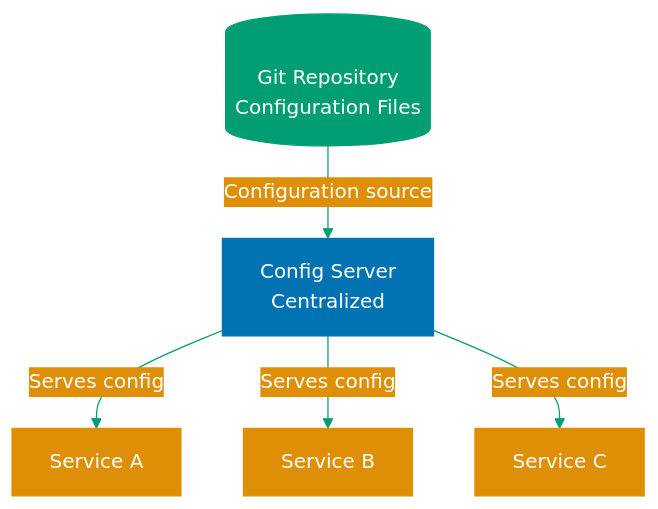
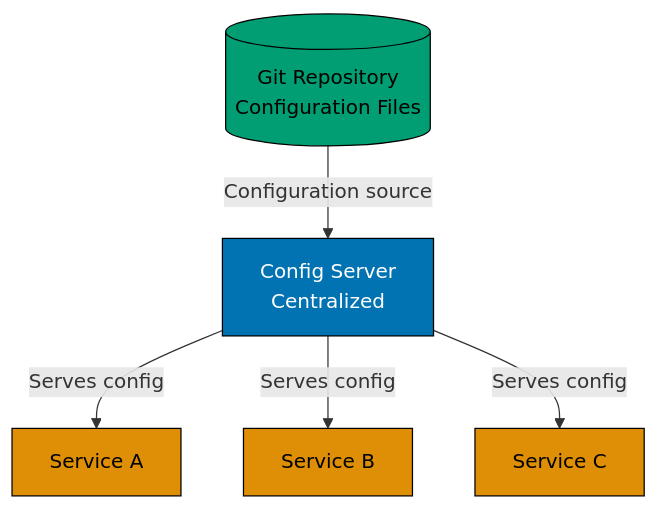
One commit to wahidyankf/ose-public changed the diagram in apps/ayokoding-www/content/en/learn/legacy/software-engineering/programming-languages/java/in-the-field/configuration.md. Above: the diagram before and after it, drawn with Mermaid. The commit also changed 112 other files, not shown here.

First line of the commit message:
fix(mermaid): bring the legacy programming-languages diagrams onto the accessible palette

````diff
--- a/apps/ayokoding-www/content/en/learn/legacy/software-engineering/programming-languages/java/in-the-field/configuration.md
+++ b/apps/ayokoding-www/content/en/learn/legacy/software-engineering/programming-languages/java/in-the-field/configuration.md
@@ -687,20 +687,25 @@
 ```mermaid
-%%{init: {'theme':'base', 'themeVariables': { 'primaryColor':'#0173B2','primaryTextColor':'#fff','primaryBorderColor':'#0173B2','lineColor':'#029E73','secondaryColor':'#DE8F05','tertiaryColor':'#CC78BC','fontSize':'16px'}}}%%
 flowchart TD
+    accTitle: Spring Cloud Config
+    accDescr: Flowchart with 5 nodes and 4 connections. Nodes: Config Server Centralized, Git Repository Configuration Files, Service A, Service B, Service C. Connections: Git Repository Configuration Files to Config Server Centralized (Configuration source), Config Server Centralized to Service A (Serves config), Config Server Centralized to Service B (Serves config), Config Server Centralized to Service C (Serves config).
     CS[Config Server<br/>Centralized]
     GIT[(Git Repository<br/>Configuration Files)]
     SA[Service A]
     SB[Service B]
     SC[Service C]
 
     GIT -->|Configuration source| CS
     CS -->|Serves config| SA
     CS -->|Serves config| SB
     CS -->|Serves config| SC
 
-    style CS fill:#0173B2,stroke:#0173B2,color:#fff
-    style GIT fill:#029E73,stroke:#029E73,color:#fff
-    style SA fill:#DE8F05,stroke:#DE8F05,color:#fff
-    style SB fill:#DE8F05,stroke:#DE8F05,color:#fff
-    style SC fill:#DE8F05,stroke:#DE8F05,color:#fff
+    classDef pal-0173B2 fill:#0173B2,stroke:#000000,color:#FFFFFF
+    class CS pal-0173B2
+    classDef pal-029E73 fill:#029E73,stroke:#000000,color:#000000
+    class GIT pal-029E73
+    classDef pal-DE8F05 fill:#DE8F05,stroke:#000000,color:#000000
+    class SA pal-DE8F05
+    class SB pal-DE8F05
+    class SC pal-DE8F05
+    classDef default fill:#FFFFFF,stroke:#000000,color:#000000
 ```
````
